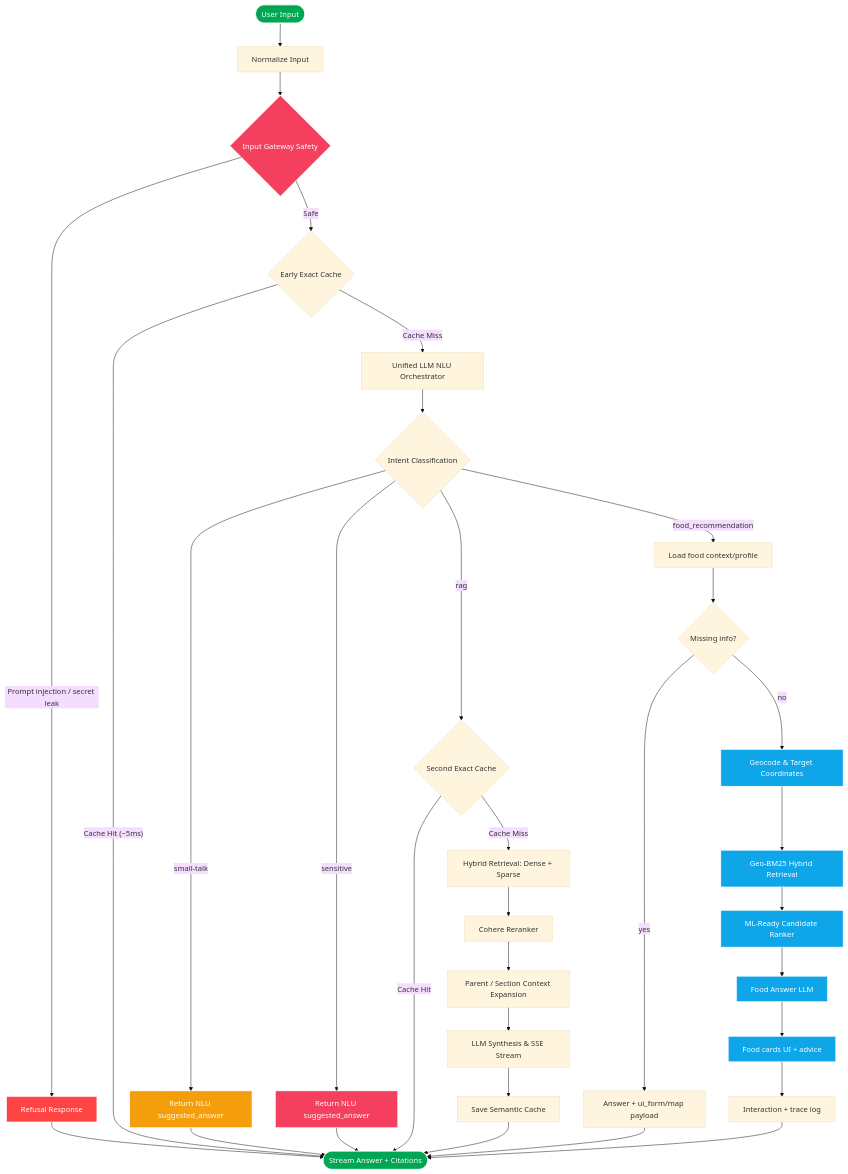
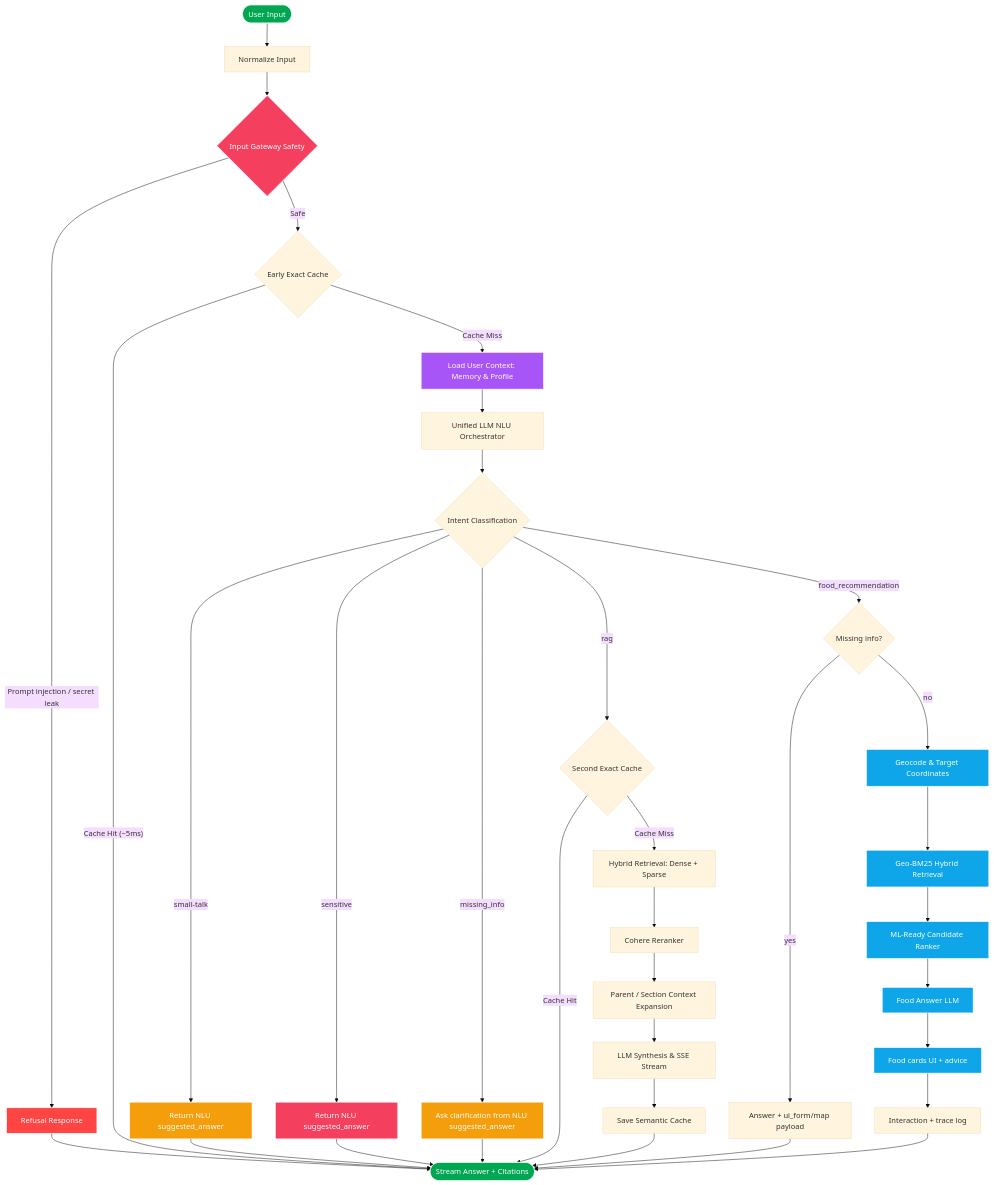
The diagram in docs/PIPELINE.md (dungltcn272/XANH_SM_AI_ASSISTANT_V1), drawn with Mermaid (base theme) before and after one commit. The commit also changed other lines of this file and 4 other files, not shown here.

````diff
--- a/docs/PIPELINE.md
+++ b/docs/PIPELINE.md
@@ -7,53 +9,57 @@
 ```mermaid
 graph TD
     A([User Input]) --> N[Normalize Input]
     N --> B{Input Gateway Safety}
     B -- "Prompt injection / secret leak" --> Block[Refusal Response]
     B -- "Safe" --> C{Early Exact Cache}
 
     C -- "Cache Hit (~5ms)" --> Out([Stream Answer + Citations])
-    C -- "Cache Miss" --> D[Unified LLM NLU Orchestrator]
+    C -- "Cache Miss" --> LC[Load User Context: Memory & Profile]
+    LC --> D[Unified LLM NLU Orchestrator]
     
     D --> E{Intent Classification}
     E -- "small-talk" --> Stalk[Return NLU suggested_answer]
     E -- "sensitive" --> Sen[Return NLU suggested_answer]
+    E -- "missing_info" --> Miss[Ask clarification from NLU suggested_answer]
     E -- "rag" --> F{Second Exact Cache}
-    E -- "food_recommendation" --> FC[Load food context/profile]
+    E -- "food_recommendation" --> M{Missing info?}
 
     %% Luồng Food Recommendation
-    FC --> M{Missing info?}
     M -- yes --> FORM[Answer + ui_form/map payload]
     M -- no --> FR1[Geocode & Target Coordinates]
     FR1 --> FR2[Geo-BM25 Hybrid Retrieval]
     FR2 --> FR3[ML-Ready Candidate Ranker]
     FR3 --> FR4[Food Answer LLM]
     FR4 --> CARD[Food cards UI + advice]
     CARD --> LOG[Interaction + trace log]
     LOG --> Out
 
     %% Luồng RAG
     F -- "Cache Hit" --> Out
     F -- "Cache Miss" --> G[Hybrid Retrieval: Dense + Sparse]
     G --> H[Cohere Reranker]
     H --> I[Parent / Section Context Expansion]
     I --> K[LLM Synthesis & SSE Stream]
     K --> CacheSave[Save Semantic Cache]
     CacheSave --> Out
 
     Block --> Out
     Stalk --> Out
     Sen --> Out
+    Miss --> Out
     FORM --> Out
 
     style A fill:#00A651,stroke:#fff,color:#fff
     style Out fill:#00A651,stroke:#fff,color:#fff
     style Block fill:#ff4444,stroke:#fff,color:#fff
     style Stalk fill:#f59e0b,stroke:#fff,color:#fff
     style Sen fill:#f43f5e,stroke:#fff,color:#fff
+    style Miss fill:#f59e0b,stroke:#fff,color:#fff
     style B fill:#f43f5e,stroke:#fff,color:#fff
     style FR1 fill:#0ea5e9,stroke:#fff,color:#fff
     style FR2 fill:#0ea5e9,stroke:#fff,color:#fff
     style FR3 fill:#0ea5e9,stroke:#fff,color:#fff
     style FR4 fill:#0ea5e9,stroke:#fff,color:#fff
     style CARD fill:#0ea5e9,stroke:#fff,color:#fff
+    style LC fill:#a855f7,stroke:#fff,color:#fff
 ```
````
